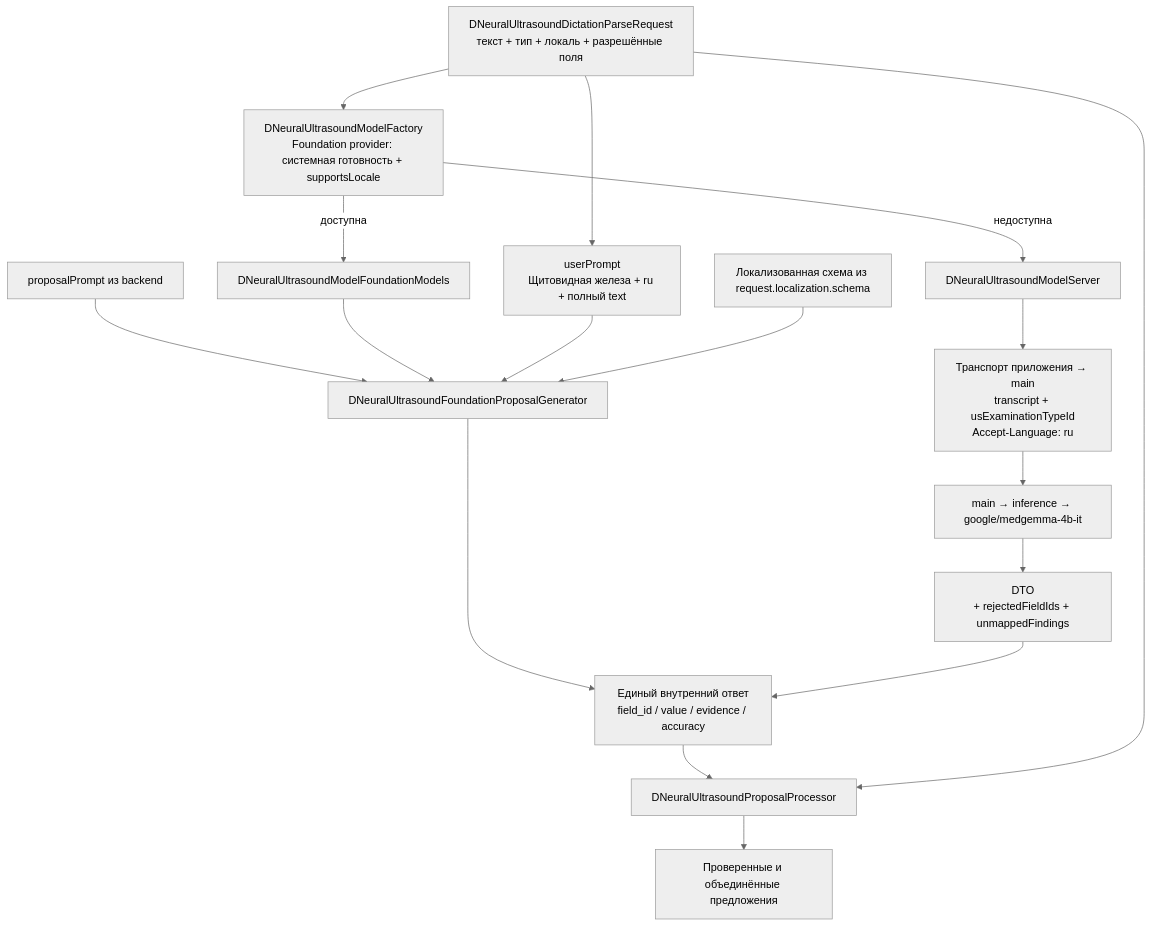
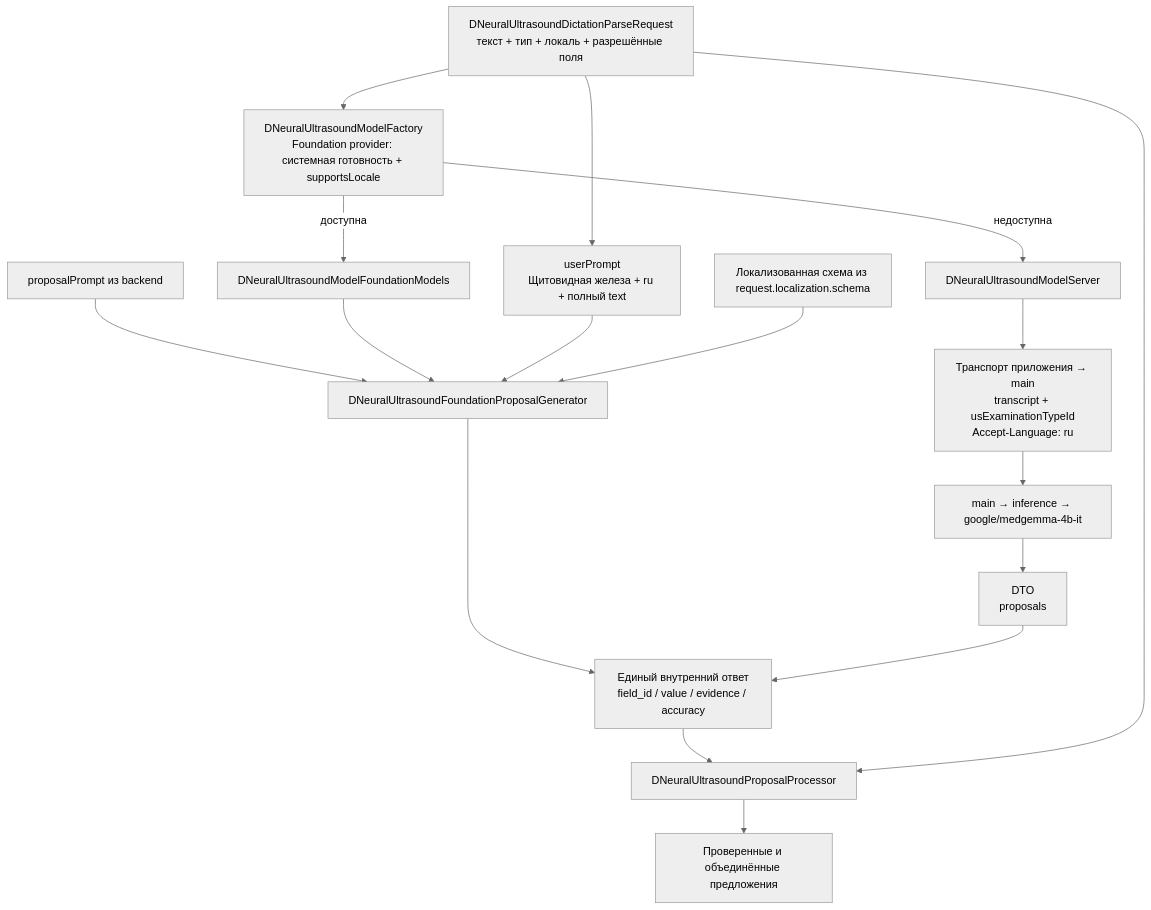
The fourth of 8 diagrams in ios/DoglyadNeuralModel/README.md (ivangalkindeveloper/DoglyadAI), drawn with Mermaid (neutral theme) before and after one commit. The commit also changed other lines of this file and 118 other files, not shown here.

````diff
--- a/ios/DoglyadNeuralModel/README.md
+++ b/ios/DoglyadNeuralModel/README.md
@@ -152,19 +152,19 @@
 ```mermaid
 flowchart TD
     Request["DNeuralUltrasoundDictationParseRequest<br/>текст + тип + локаль + разрешённые поля"] --> Check["DNeuralUltrasoundModelFactory<br/>Foundation provider: системная готовность + supportsLocale"]
     Check -->|"доступна"| FM[DNeuralUltrasoundModelFoundationModels]
     Instructions["proposalPrompt из backend"] --> Generator[DNeuralUltrasoundFoundationProposalGenerator]
     FM --> Generator
     Request --> Wrapper["userPrompt<br/>Щитовидная железа + ru + полный text"]
     Wrapper --> Generator
     Schema[Локализованная схема из request.localization.schema] --> Generator
     Check -->|"недоступна"| Server[DNeuralUltrasoundModelServer]
     Server --> HTTP["Транспорт приложения → main<br/>transcript + usExaminationTypeId<br/>Accept-Language: ru"]
     HTTP --> GPU[main → inference → google/medgemma-4b-it]
     Generator --> Raw["Единый внутренний ответ<br/>field_id / value / evidence / accuracy"]
-    GPU --> DTO["DTO<br/>+ rejectedFieldIds + unmappedFindings"]
+    GPU --> DTO["DTO<br/>proposals"]
     DTO --> Raw
     Raw --> Processor[DNeuralUltrasoundProposalProcessor]
     Request --> Processor
     Processor --> Result[Проверенные и объединённые предложения]
 ```
````
